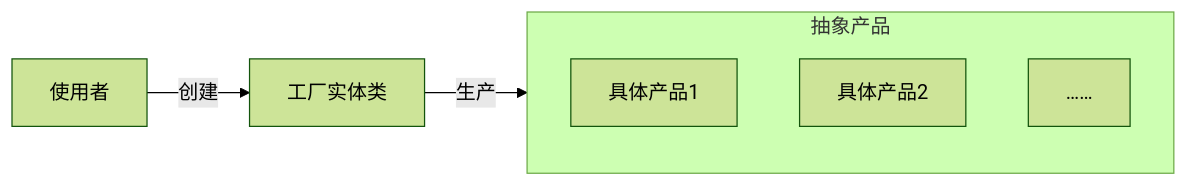
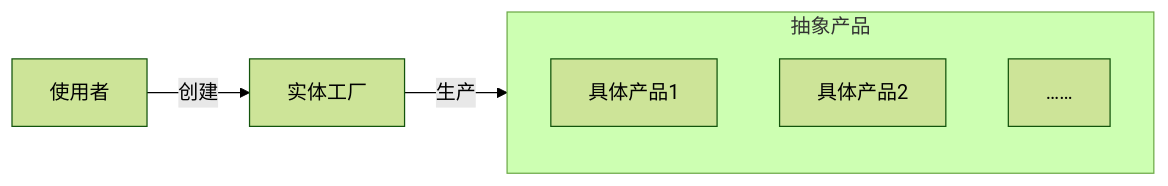
Before and after one commit to poppop9/obsidian: the first of 3 diagrams in 计算机/设计模式/创建型模式.md, drawn with Mermaid (forest theme). The commit also changed other lines of this file and 2 other files, not shown here.

````diff
--- a/计算机/设计模式/创建型模式.md
+++ b/计算机/设计模式/创建型模式.md
@@ -44,11 +44,11 @@
 ```mermaid
 graph LR
 	subgraph 抽象产品
 	    b[具体产品1]
 	    c[具体产品2]
 	    d[……]
     end
 
 	e[使用者]--创建-->a
-	a[工厂实体类]--生产-->抽象产品
+	a[实体工厂]--生产-->抽象产品
 ```
````
